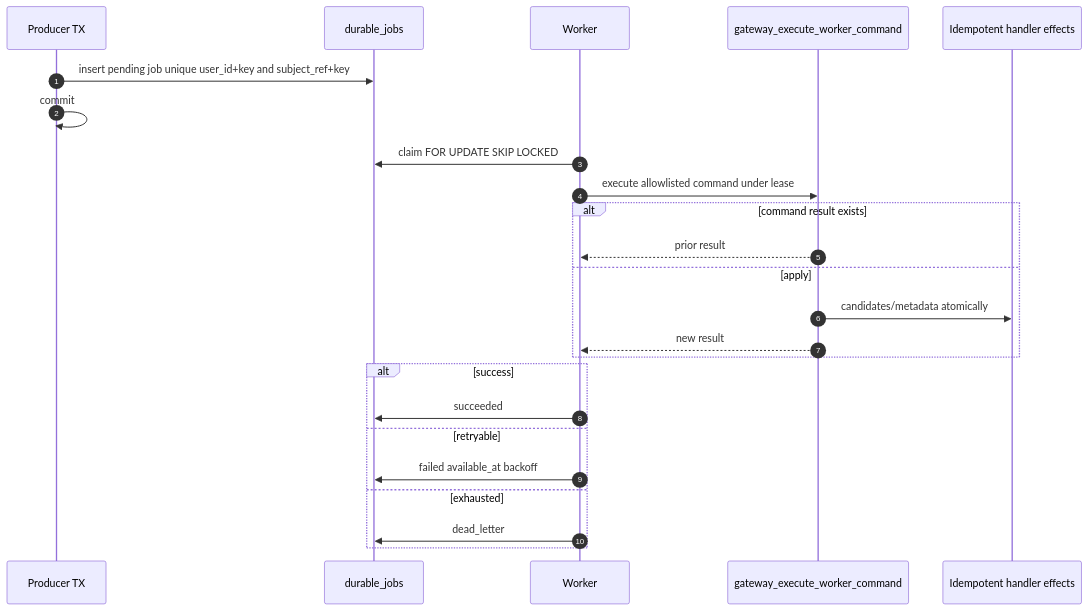
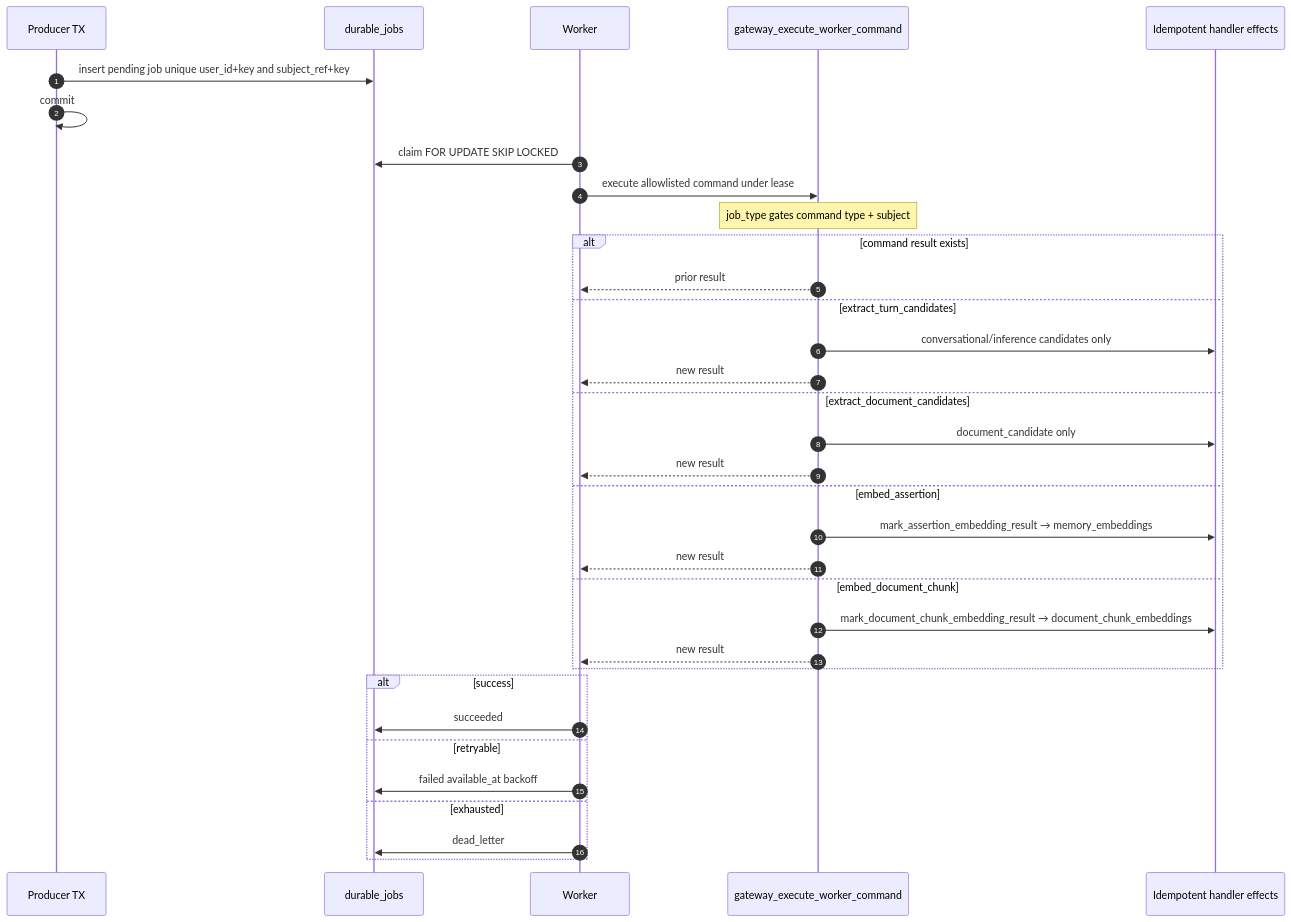
Before and after one commit to NicolVii/ContextVault: the tenth of 12 diagrams in docs/memory-system/09-technical-design.md, drawn with Mermaid. The commit also changed other lines of this file, not shown here.

First line of the commit message:
docs: split document extract and embedding worker commands

````diff
--- a/docs/memory-system/09-technical-design.md
+++ b/docs/memory-system/09-technical-design.md
@@ -2079,27 +2218,37 @@
 ```mermaid
 sequenceDiagram
   autonumber
   participant P as Producer TX
   participant J as durable_jobs
   participant W as Worker
   participant WG as gateway_execute_worker_command
   participant H as Idempotent handler effects
 
   P->>J: insert pending job unique user_id+key and subject_ref+key
   P->>P: commit
   W->>J: claim FOR UPDATE SKIP LOCKED
   W->>WG: execute allowlisted command under lease
+  Note over WG: job_type gates command type + subject
   alt command result exists
     WG-->>W: prior result
-  else apply
-    WG->>H: candidates/metadata atomically
+  else extract_turn_candidates
+    WG->>H: conversational/inference candidates only
+    WG-->>W: new result
+  else extract_document_candidates
+    WG->>H: document_candidate only
+    WG-->>W: new result
+  else embed_assertion
+    WG->>H: mark_assertion_embedding_result → memory_embeddings
+    WG-->>W: new result
+  else embed_document_chunk
+    WG->>H: mark_document_chunk_embedding_result → document_chunk_embeddings
     WG-->>W: new result
   end
   alt success
     W->>J: succeeded
   else retryable
     W->>J: failed available_at backoff
   else exhausted
     W->>J: dead_letter
   end
 ```
````
